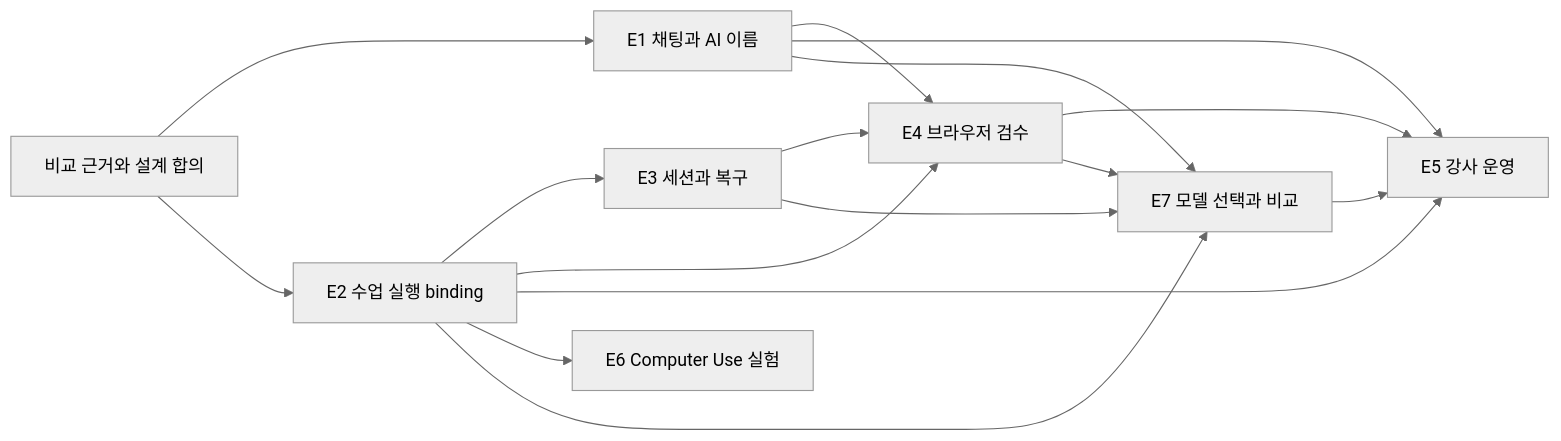
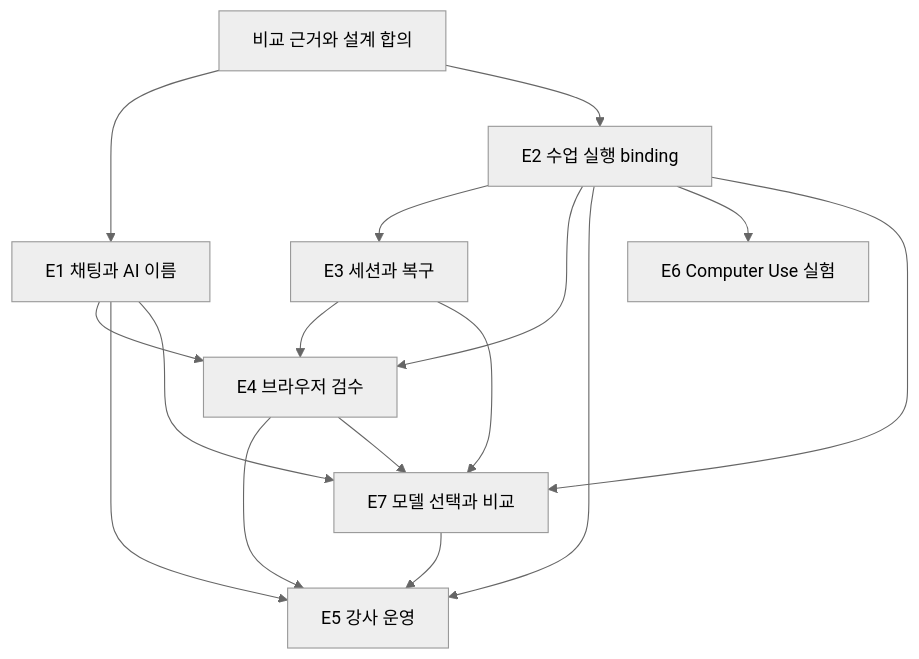
One commit to jayleekr/hypeproof-studio changed the diagram in docs/plan/learning-agent-experience-epics.md. Above: the diagram before and after it, drawn with Mermaid (neutral theme). The commit also changed other lines of this file and 5 other files, not shown here.

````diff
--- a/docs/plan/learning-agent-experience-epics.md
+++ b/docs/plan/learning-agent-experience-epics.md
@@ -117,18 +124,18 @@
 ```mermaid
-flowchart LR
+flowchart TD
   R[비교 근거와 설계 합의] --> E1[E1 채팅과 AI 이름]
   R --> E2[E2 수업 실행 binding]
   E2 --> E3[E3 세션과 복구]
   E1 --> E4[E4 브라우저 검수]
   E2 --> E4
   E3 --> E4
   E1 --> E5[E5 강사 운영]
   E2 --> E5
   E4 --> E5
   E2 --> E6[E6 Computer Use 실험]
   E1 --> E7[E7 모델 선택과 비교]
   E2 --> E7
   E3 --> E7
   E4 --> E7
   E7 --> E5
 ```
````
